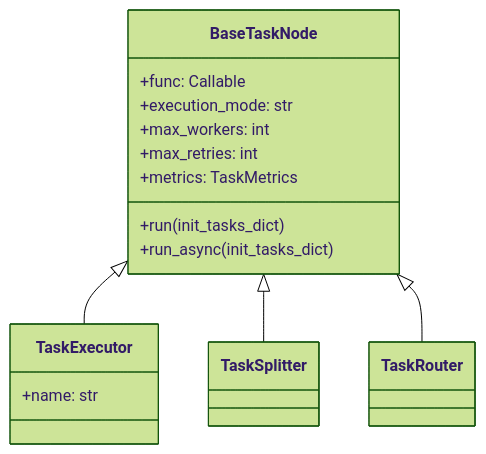
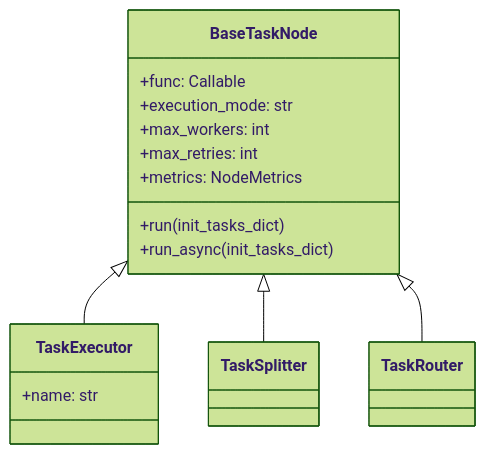
One commit to Mr-xiaotian/CelestialFlow changed the second of 9 diagrams in docs/en/presentation.md. Above: the diagram before and after it, drawn with Mermaid (forest theme). The commit also changed other lines of this file and 169 other files, not shown here.

````diff
--- a/docs/en/presentation.md
+++ b/docs/en/presentation.md
@@ -139,19 +139,19 @@
 ```mermaid
 classDiagram
     BaseTaskNode <|-- TaskExecutor
     BaseTaskNode <|-- TaskSplitter
     BaseTaskNode <|-- TaskRouter
     class BaseTaskNode {
         +func: Callable
         +execution_mode: str
         +max_workers: int
         +max_retries: int
-        +metrics: TaskMetrics
+        +metrics: NodeMetrics
         +run(init_tasks_dict)
         +run_async(init_tasks_dict)
     }
 
     class TaskExecutor {
         +name: str
     }
 ```
````
